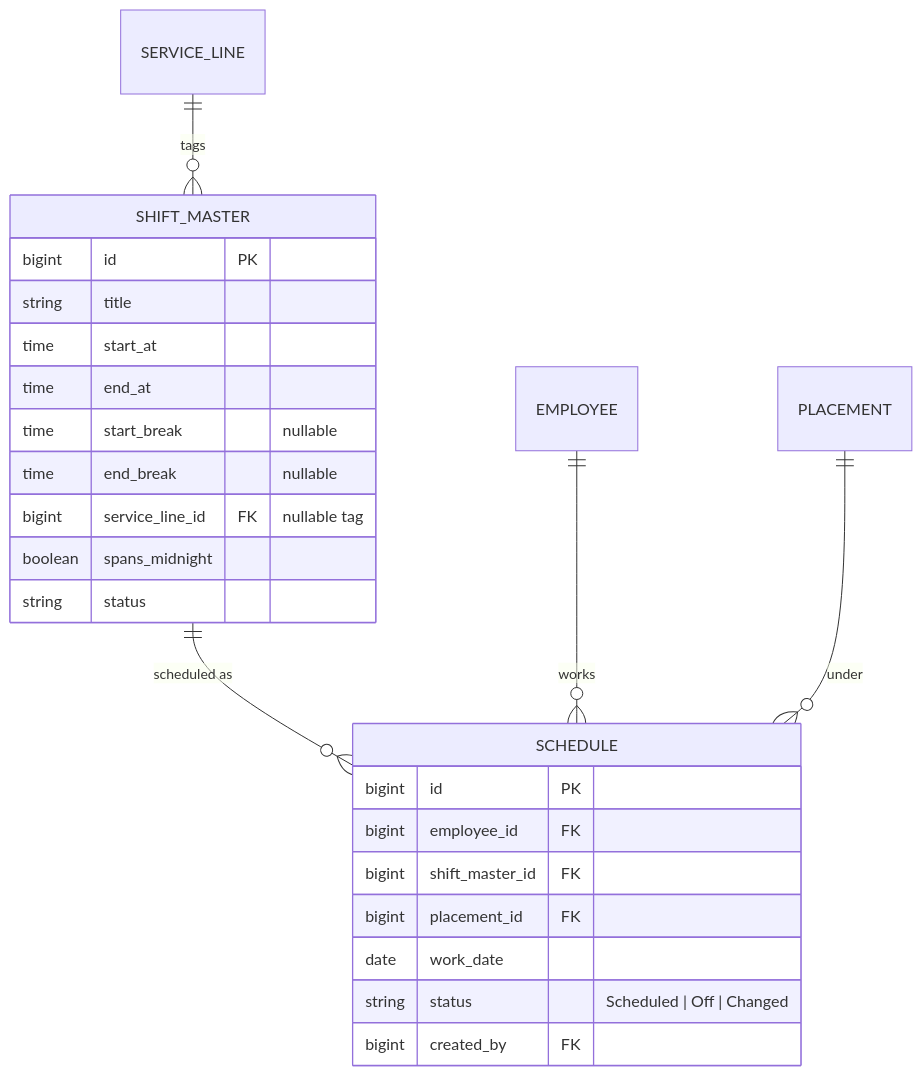
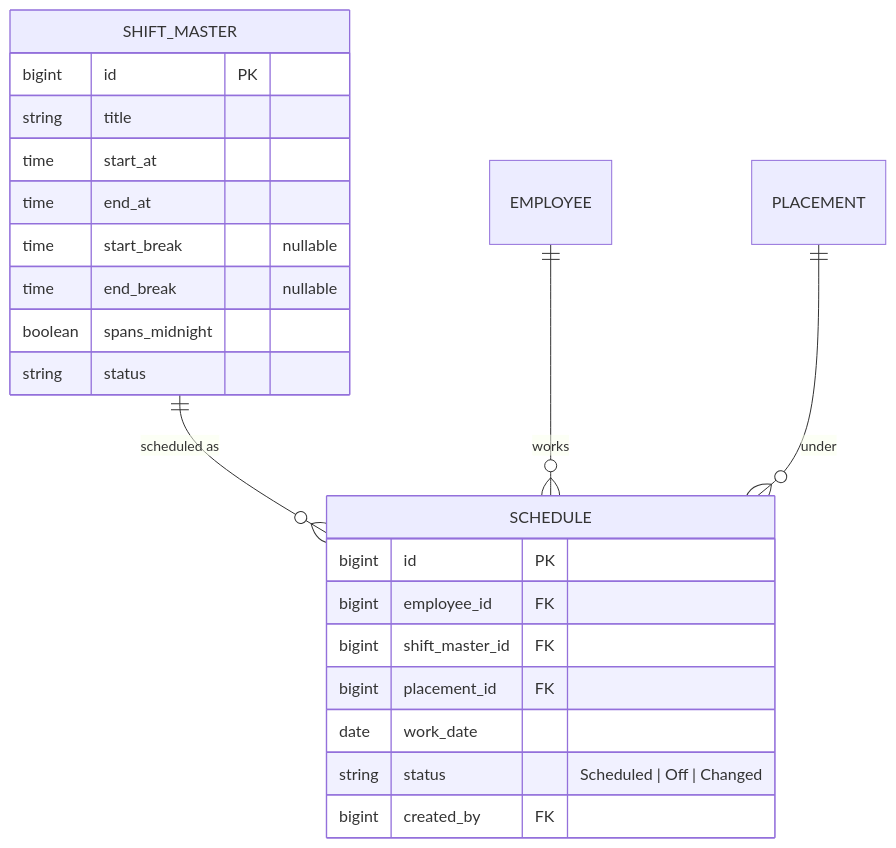
One commit to hariszaki17/hris-outsource changed the first of 5 diagrams in docs/epics/E4-shift-scheduling/FEATURE.md. Above: the diagram before and after it, drawn with Mermaid. The commit also changed other lines of this file and 239 other files, not shown here.

First line of the commit message:
feat!: remove service line concept end-to-end

````diff
--- a/docs/epics/E4-shift-scheduling/FEATURE.md
+++ b/docs/epics/E4-shift-scheduling/FEATURE.md
@@ -28,28 +28,26 @@
 ```mermaid
 erDiagram
-    SERVICE_LINE ||--o{ SHIFT_MASTER : "tags"
     SHIFT_MASTER ||--o{ SCHEDULE : "scheduled as"
     EMPLOYEE ||--o{ SCHEDULE : "works"
     PLACEMENT ||--o{ SCHEDULE : "under"
 
     SHIFT_MASTER {
         bigint id PK
         string title
         time start_at
         time end_at
         time start_break "nullable"
         time end_break "nullable"
-        bigint service_line_id FK "nullable tag"
         boolean spans_midnight
         string status
     }
     SCHEDULE {
         bigint id PK
         bigint employee_id FK
         bigint shift_master_id FK
         bigint placement_id FK
         date work_date
         string status "Scheduled | Off | Changed"
         bigint created_by FK
     }
 ```
````
